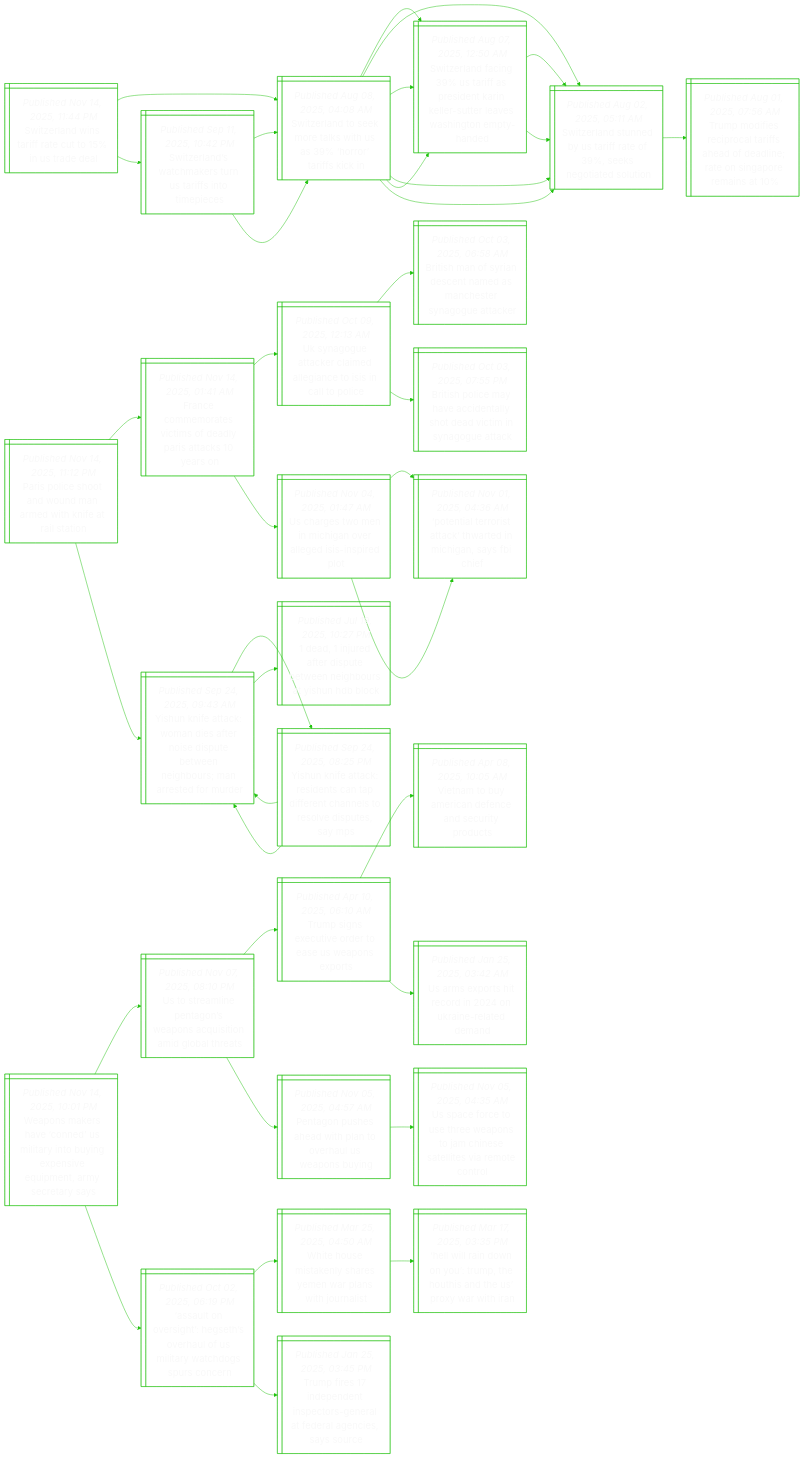
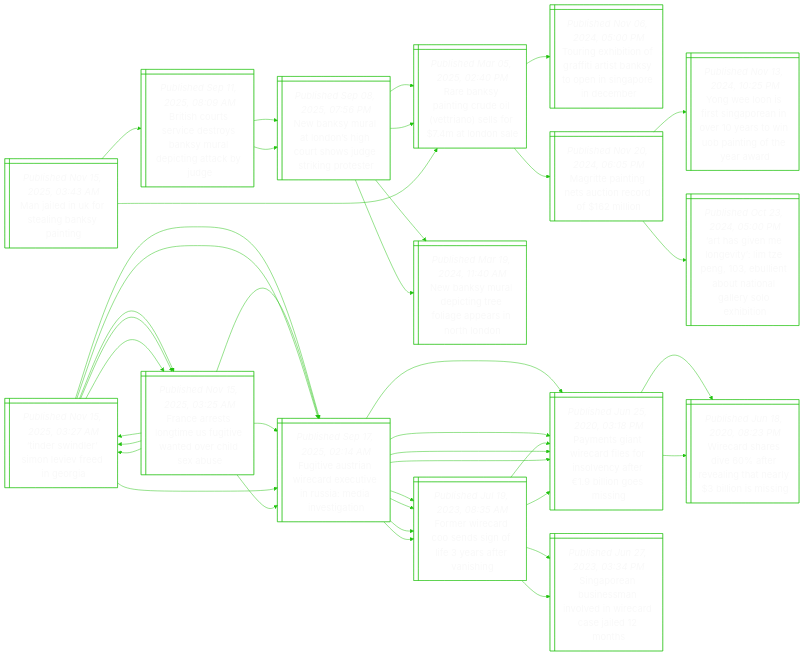
Before and after one commit to notJmes/notJmes: the diagram in README.md, drawn with Mermaid. The commit also changed other lines of this file, not shown here.

````diff
--- a/README.md
+++ b/README.md
@@ -16,121 +16,130 @@
 flowchart LR
 classDef txtsize font-size:20px;
 
-Sedtfcire@{ shape: win-pane, label: "_Published Nov 14, 2025, 11:44 PM_
-Switzerland wins tariff rate cut to 15% in us trade deal" }
-SedeesUotfk@{ shape: win-pane, label: "_Published Aug 08, 2025, 04:08 AM_
-Switzerland to seek more talks with us as 39% ‘horror’ tariffs kick in" }
-Sednaastnetaagma@{ shape: win-pane, label: "_Published Aug 07, 2025, 12:50 AM_
-Switzerland facing 39% us tariff as president karin keller-sutter leaves washington empty-handed" }
-SednUiteeaoo@{ shape: win-pane, label: "_Published Aug 02, 2025, 05:11 AM_
-Switzerland stunned by us tariff rate of 39%, seeks negotiated solution" }
-SednUiteeaoo@{ shape: win-pane, label: "_Published Aug 02, 2025, 05:11 AM_
-Switzerland stunned by us tariff rate of 39%, seeks negotiated solution" }
-SednUiteeaoo@{ shape: win-pane, label: "_Published Aug 02, 2025, 05:11 AM_
-Switzerland stunned by us tariff rate of 39%, seeks negotiated solution" }
-Tmiccraodrnarn@{ shape: win-pane, label: "_Published Aug 01, 2025, 07:56 AM_
-Trump modifies reciprocal tariffs ahead of deadline; rate on singapore remains at 10%" }
-Sedcerasti@{ shape: win-pane, label: "_Published Sep 11, 2025, 10:42 PM_
-Switzerland’s watchmakers turn us tariffs into timepieces" }
-SedeesUotfk@{ shape: win-pane, label: "_Published Aug 08, 2025, 04:08 AM_
-Switzerland to seek more talks with us as 39% ‘horror’ tariffs kick in" }
-Sednaastnetaagma@{ shape: win-pane, label: "_Published Aug 07, 2025, 12:50 AM_
-Switzerland facing 39% us tariff as president karin keller-sutter leaves washington empty-handed" }
-SednUiteeaoo@{ shape: win-pane, label: "_Published Aug 02, 2025, 05:11 AM_
-Switzerland stunned by us tariff rate of 39%, seeks negotiated solution" }
-SedeesUotfk@{ shape: win-pane, label: "_Published Aug 08, 2025, 04:08 AM_
-Switzerland to seek more talks with us as 39% ‘horror’ tariffs kick in" }
-Sednaastnetaagma@{ shape: win-pane, label: "_Published Aug 07, 2025, 12:50 AM_
-Switzerland facing 39% us tariff as president karin keller-sutter leaves washington empty-handed" }
-SednUiteeaoo@{ shape: win-pane, label: "_Published Aug 02, 2025, 05:11 AM_
-Switzerland stunned by us tariff rate of 39%, seeks negotiated solution" }
+Minrlapi@{ shape: win-pane, label: "_Published Nov 15, 2025, 03:43 AM_
+Man jailed in uk for stealing banksy painting" }
+Bsrrdonueitye@{ shape: win-pane, label: "_Published Sep 11, 2025, 08:09 AM_
+British courts service destroys banksy mural depicting attack by judge" }
+Nnutogrwgips@{ shape: win-pane, label: "_Published Sep 08, 2025, 07:56 PM_
+New banksy mural at london’s high court shows judge striking protester" }
+Rapiulrsftoe@{ shape: win-pane, label: "_Published Mar 05, 2025, 02:40 PM_
+Rare banksy painting crude oil (vettriano) sells for $7.4m at london sale" }
+Nnueieipsrn@{ shape: win-pane, label: "_Published Mar 19, 2024, 11:40 AM_
+New banksy mural depicting tree foliage appears in north london" }
+Nnutogrwgips@{ shape: win-pane, label: "_Published Sep 08, 2025, 07:56 PM_
+New banksy mural at london’s high court shows judge striking protester" }
+Rapiulrsftoe@{ shape: win-pane, label: "_Published Mar 05, 2025, 02:40 PM_
+Rare banksy painting crude oil (vettriano) sells for $7.4m at london sale" }
+Nnueieipsrn@{ shape: win-pane, label: "_Published Mar 19, 2024, 11:40 AM_
+New banksy mural depicting tree foliage appears in north london" }
+Rapiulrsftoe@{ shape: win-pane, label: "_Published Mar 05, 2025, 02:40 PM_
+Rare banksy painting crude oil (vettriano) sells for $7.4m at london sale" }
+Tniortinoigecr@{ shape: win-pane, label: "_Published Nov 06, 2024, 05:00 PM_
+Touring exhibition of graffiti artist banksy to open in singapore in december" }
+Mtigaoomo@{ shape: win-pane, label: "_Published Nov 20, 2024, 06:05 PM_
+Magritte painting nets auction record of $162 million" }
+YenrnrnytUigea@{ shape: win-pane, label: "_Published Nov 13, 2024, 10:25 PM_
+Yong wee loon is first singaporean in over 10 years to win uob painting of the year award" }
+AsnntTnlttoayei@{ shape: win-pane, label: "_Published Oct 23, 2024, 05:00 PM_
+‘art has given me longevity’: lim tze peng, 103, ebullient about national gallery solo exhibition" }
 
-Sedtfcire:::txtsize --> SedeesUotfk:::txtsize
-SedeesUotfk:::txtsize --> Sednaastnetaagma:::txtsize
-Sednaastnetaagma:::txtsize --> SednUiteeaoo:::txtsize
-Sednaastnetaagma:::txtsize --> SednUiteeaoo:::txtsize
-SedeesUotfk:::txtsize --> SednUiteeaoo:::txtsize
-SednUiteeaoo:::txtsize --> Tmiccraodrnarn:::txtsize
-Sedtfcire:::txtsize --> Sedcerasti:::txtsize
-Sedcerasti:::txtsize --> SedeesUotfk:::txtsize
-SedeesUotfk:::txtsize --> Sednaastnetaagma:::txtsize
-SedeesUotfk:::txtsize --> SednUiteeaoo:::txtsize
-Sedcerasti:::txtsize --> SedeesUotfk:::txtsize
-SedeesUotfk:::txtsize --> Sednaastnetaagma:::txtsize
-SedeesUotfk:::txtsize --> SednUiteeaoo:::txtsize
+Minrlapi:::txtsize --> Bsrrdonueitye:::txtsize
+Bsrrdonueitye:::txtsize --> Nnutogrwgips:::txtsize
+Nnutogrwgips:::txtsize --> Rapiulrsftoe:::txtsize
+Nnutogrwgips:::txtsize --> Nnueieipsrn:::txtsize
+Bsrrdonueitye:::txtsize --> Nnutogrwgips:::txtsize
+Nnutogrwgips:::txtsize --> Rapiulrsftoe:::txtsize
+Nnutogrwgips:::txtsize --> Nnueieipsrn:::txtsize
+Minrlapi:::txtsize --> Rapiulrsftoe:::txtsize
+Rapiulrsftoe:::txtsize --> Tniortinoigecr:::txtsize
+Rapiulrsftoe:::txtsize --> Mtigaoomo:::txtsize
+Mtigaoomo:::txtsize --> YenrnrnytUigea:::txtsize
+Mtigaoomo:::txtsize --> AsnntTnlttoayei:::txtsize
 
-Ppetoaeheit@{ shape: win-pane, label: "_Published Nov 14, 2025, 11:12 PM_
-Paris police shoot and wound man armed with knife at rail station" }
-Feetcodrtyo@{ shape: win-pane, label: "_Published Nov 14, 2025, 01:41 AM_
-France commemorates victims of deadly paris attacks 10 years on" }
-UaecldgeIape@{ shape: win-pane, label: "_Published Oct 09, 2025, 12:13 AM_
-Uk synagogue attacker claimed allegiance to isis in call to police" }
-Bsoisnaceaec@{ shape: win-pane, label: "_Published Oct 03, 2025, 06:58 AM_
-British man of syrian descent named as manchester synagogue attacker" }
-Bsiyaeltvmnua@{ shape: win-pane, label: "_Published Oct 03, 2025, 07:55 PM_
-British police may have accidentally shot dead victim in synagogue attack" }
-Urwiholdiro@{ shape: win-pane, label: "_Published Nov 04, 2025, 01:47 AM_
-Us charges two men in michigan over alleged isis-inspired plot" }
-Pteitheiash@{ shape: win-pane, label: "_Published Nov 01, 2025, 04:36 AM_
-‘potential terrorist attack’ thwarted in michigan, says fbi chief" }
-Pteitheiash@{ shape: win-pane, label: "_Published Nov 01, 2025, 04:36 AM_
-‘potential terrorist attack’ thwarted in michigan, says fbi chief" }
-Ynecasreutnbmrdu@{ shape: win-pane, label: "_Published Sep 24, 2025, 09:43 AM_
-Yishun knife attack: woman dies after noise dispute between neighbours; man arrested for murder" }
-YnecisaftnolssP@{ shape: win-pane, label: "_Published Sep 24, 2025, 08:25 PM_
-Yishun knife attack: residents can tap different channels to resolve disputes, say mps" }
-Ynecasreutnbmrdu@{ shape: win-pane, label: "_Published Sep 24, 2025, 09:43 AM_
-Yishun knife attack: woman dies after noise dispute between neighbours; man arrested for murder" }
-Ynecasreutnbmrdu@{ shape: win-pane, label: "_Published Sep 24, 2025, 09:43 AM_
-Yishun knife attack: woman dies after noise dispute between neighbours; man arrested for murder" }
-dndrutnbahBk@{ shape: win-pane, label: "_Published Jul 19, 2025, 10:27 PM_
-1 dead, 1 injured after dispute between neighbours at yishun hdb block" }
+Trdiefir@{ shape: win-pane, label: "_Published Nov 15, 2025, 03:27 AM_
+‘tinder swindler’ simon leviev freed in georgia" }
+Fesnegeerdb@{ shape: win-pane, label: "_Published Nov 15, 2025, 03:25 AM_
+France arrests longtime us fugitive wanted over child sex abuse" }
+Trdiefir@{ shape: win-pane, label: "_Published Nov 15, 2025, 03:27 AM_
+‘tinder swindler’ simon leviev freed in georgia" }
+Fesnegeerdb@{ shape: win-pane, label: "_Published Nov 15, 2025, 03:25 AM_
+France arrests longtime us fugitive wanted over child sex abuse" }
+FisncxiRaast@{ shape: win-pane, label: "_Published Sep 17, 2025, 02:14 AM_
+Fugitive austrian wirecard executive in russia: media investigation" }
+FisncxiRaast@{ shape: win-pane, label: "_Published Sep 17, 2025, 02:14 AM_
+Fugitive austrian wirecard executive in russia: media investigation" }
+Pnardsnefinmn@{ shape: win-pane, label: "_Published Jun 25, 2020, 03:18 PM_
+Payments giant wirecard files for insolvency after €1.9 billion goes missing" }
+FrcOdnfreig@{ shape: win-pane, label: "_Published Jul 19, 2023, 08:35 AM_
+Former wirecard coo sends sign of life 3 years after vanishing" }
+FisncxiRaast@{ shape: win-pane, label: "_Published Sep 17, 2025, 02:14 AM_
+Fugitive austrian wirecard executive in russia: media investigation" }
+Pnardsnefinmn@{ shape: win-pane, label: "_Published Jun 25, 2020, 03:18 PM_
+Payments giant wirecard files for insolvency after €1.9 billion goes missing" }
+Waaitvntllsi@{ shape: win-pane, label: "_Published Jun 18, 2020, 08:23 PM_
+Wirecard shares dive 60% after revealing that nearly $3 billion is missing" }
+FrcOdnfreig@{ shape: win-pane, label: "_Published Jul 19, 2023, 08:35 AM_
+Former wirecard coo sends sign of life 3 years after vanishing" }
+Pnardsnefinmn@{ shape: win-pane, label: "_Published Jun 25, 2020, 03:18 PM_
+Payments giant wirecard files for insolvency after €1.9 billion goes missing" }
+Spnnaoiecams@{ shape: win-pane, label: "_Published Jun 27, 2023, 03:34 PM_
+Singaporean businessman involved in wirecard case jailed 12 months" }
 
-Ppetoaeheit:::txtsize --> Feetcodrtyo:::txtsize
-Feetcodrtyo:::txtsize --> UaecldgeIape:::txtsize
-UaecldgeIape:::txtsize --> Bsoisnaceaec:::txtsize
-UaecldgeIape:::txtsize --> Bsiyaeltvmnua:::txtsize
-Feetcodrtyo:::txtsize --> Urwiholdiro:::txtsize
-Urwiholdiro:::txtsize --> Pteitheiash:::txtsize
-Urwiholdiro:::txtsize --> Pteitheiash:::txtsize
-Ppetoaeheit:::txtsize --> Ynecasreutnbmrdu:::txtsize
-Ynecasreutnbmrdu:::txtsize --> YnecisaftnolssP:::txtsize
-YnecisaftnolssP:::txtsize --> Ynecasreutnbmrdu:::txtsize
-YnecisaftnolssP:::txtsize --> Ynecasreutnbmrdu:::txtsize
-Ynecasreutnbmrdu:::txtsize --> dndrutnbahBk:::txtsize
+Trdiefir:::txtsize --> Fesnegeerdb:::txtsize
+Fesnegeerdb:::txtsize --> Trdiefir:::txtsize
+Trdiefir:::txtsize --> Fesnegeerdb:::txtsize
+Trdiefir:::txtsize --> FisncxiRaast:::txtsize
+Fesnegeerdb:::txtsize --> FisncxiRaast:::txtsize
+FisncxiRaast:::txtsize --> Pnardsnefinmn:::txtsize
+FisncxiRaast:::txtsize --> FrcOdnfreig:::txtsize
+Trdiefir:::txtsize --> FisncxiRaast:::txtsize
+FisncxiRaast:::txtsize --> Pnardsnefinmn:::txtsize
+Pnardsnefinmn:::txtsize --> Waaitvntllsi:::txtsize
+FisncxiRaast:::txtsize --> FrcOdnfreig:::txtsize
+FrcOdnfreig:::txtsize --> Pnardsnefinmn:::txtsize
+FrcOdnfreig:::txtsize --> Spnnaoiecams:::txtsize
 
-WnevnmatipvitSta@{ shape: win-pane, label: "_Published Nov 14, 2025, 10:01 PM_
-Weapons makers have ‘conned’ us military into buying expensive equipment, army secretary says" }
-Utleoaasngla@{ shape: win-pane, label: "_Published Nov 07, 2025, 08:10 PM_
-Us to streamline pentagon’s weapons acquisition amid global threats" }
-TsetroUpxs@{ shape: win-pane, label: "_Published Apr 10, 2025, 06:10 AM_
-Trump signs executive order to ease us weapons exports" }
-Vaurdcsios@{ shape: win-pane, label: "_Published Apr 08, 2025, 10:05 AM_
-Vietnam to buy american defence and security products" }
-Usrtrnildd@{ shape: win-pane, label: "_Published Jan 25, 2025, 03:42 AM_
-Us arms exports hit record in 2024 on ukraine-related demand" }
-Pgshiavuesn@{ shape: win-pane, label: "_Published Nov 05, 2025, 04:57 AM_
-Pentagon pushes ahead with plan to overhaul us weapons buying" }
-Uccsepohelseco@{ shape: win-pane, label: "_Published Nov 05, 2025, 04:35 AM_
-Us space force to use three weapons to jam chinese satellites via remote control" }
-Alvggshflyhscr@{ shape: win-pane, label: "_Published Oct 02, 2025, 06:19 PM_
-‘assault on oversight’: hegseth’s overhaul of us military watchdogs spurs concern" }
-WHmkssnliui@{ shape: win-pane, label: "_Published Mar 25, 2025, 04:50 AM_
-White house mistakenly shares yemen war plans with journalist" }
-Hiinuposhrah@{ shape: win-pane, label: "_Published Mar 17, 2025, 03:35 PM_
-‘hell will rain down on you’: trump, the houthis and the us’ proxy war with iran" }
-Tfietesrfanso@{ shape: win-pane, label: "_Published Jan 25, 2025, 03:45 PM_
-Trump fires 17 independent inspectors-general at federal agencies, says source" }
+Fesnegeerdb@{ shape: win-pane, label: "_Published Nov 15, 2025, 03:25 AM_
+France arrests longtime us fugitive wanted over child sex abuse" }
+Trdiefir@{ shape: win-pane, label: "_Published Nov 15, 2025, 03:27 AM_
+‘tinder swindler’ simon leviev freed in georgia" }
+Fesnegeerdb@{ shape: win-pane, label: "_Published Nov 15, 2025, 03:25 AM_
+France arrests longtime us fugitive wanted over child sex abuse" }
+Trdiefir@{ shape: win-pane, label: "_Published Nov 15, 2025, 03:27 AM_
+‘tinder swindler’ simon leviev freed in georgia" }
+FisncxiRaast@{ shape: win-pane, label: "_Published Sep 17, 2025, 02:14 AM_
+Fugitive austrian wirecard executive in russia: media investigation" }
+FisncxiRaast@{ shape: win-pane, label: "_Published Sep 17, 2025, 02:14 AM_
+Fugitive austrian wirecard executive in russia: media investigation" }
+Pnardsnefinmn@{ shape: win-pane, label: "_Published Jun 25, 2020, 03:18 PM_
+Payments giant wirecard files for insolvency after €1.9 billion goes missing" }
+FrcOdnfreig@{ shape: win-pane, label: "_Published Jul 19, 2023, 08:35 AM_
+Former wirecard coo sends sign of life 3 years after vanishing" }
+FisncxiRaast@{ shape: win-pane, label: "_Published Sep 17, 2025, 02:14 AM_
+Fugitive austrian wirecard executive in russia: media investigation" }
+Pnardsnefinmn@{ shape: win-pane, label: "_Published Jun 25, 2020, 03:18 PM_
+Payments giant wirecard files for insolvency after €1.9 billion goes missing" }
+Waaitvntllsi@{ shape: win-pane, label: "_Published Jun 18, 2020, 08:23 PM_
+Wirecard shares dive 60% after revealing that nearly $3 billion is missing" }
+FrcOdnfreig@{ shape: win-pane, label: "_Published Jul 19, 2023, 08:35 AM_
+Former wirecard coo sends sign of life 3 years after vanishing" }
+Pnardsnefinmn@{ shape: win-pane, label: "_Published Jun 25, 2020, 03:18 PM_
+Payments giant wirecard files for insolvency after €1.9 billion goes missing" }
+Spnnaoiecams@{ shape: win-pane, label: "_Published Jun 27, 2023, 03:34 PM_
+Singaporean businessman involved in wirecard case jailed 12 months" }
 
-WnevnmatipvitSta:::txtsize --> Utleoaasngla:::txtsize
-Utleoaasngla:::txtsize --> TsetroUpxs:::txtsize
-TsetroUpxs:::txtsize --> Vaurdcsios:::txtsize
-TsetroUpxs:::txtsize --> Usrtrnildd:::txtsize
-Utleoaasngla:::txtsize --> Pgshiavuesn:::txtsize
-Pgshiavuesn:::txtsize --> Uccsepohelseco:::txtsize
-WnevnmatipvitSta:::txtsize --> Alvggshflyhscr:::txtsize
-Alvggshflyhscr:::txtsize --> WHmkssnliui:::txtsize
-WHmkssnliui:::txtsize --> Hiinuposhrah:::txtsize
-Alvggshflyhscr:::txtsize --> Tfietesrfanso:::txtsize
+Fesnegeerdb:::txtsize --> Trdiefir:::txtsize
+Trdiefir:::txtsize --> Fesnegeerdb:::txtsize
+Fesnegeerdb:::txtsize --> Trdiefir:::txtsize
+Fesnegeerdb:::txtsize --> FisncxiRaast:::txtsize
+Trdiefir:::txtsize --> FisncxiRaast:::txtsize
+FisncxiRaast:::txtsize --> Pnardsnefinmn:::txtsize
+FisncxiRaast:::txtsize --> FrcOdnfreig:::txtsize
+Fesnegeerdb:::txtsize --> FisncxiRaast:::txtsize
+FisncxiRaast:::txtsize --> Pnardsnefinmn:::txtsize
+Pnardsnefinmn:::txtsize --> Waaitvntllsi:::txtsize
+FisncxiRaast:::txtsize --> FrcOdnfreig:::txtsize
+FrcOdnfreig:::txtsize --> Pnardsnefinmn:::txtsize
+FrcOdnfreig:::txtsize --> Spnnaoiecams:::txtsize
 
 ```
````
